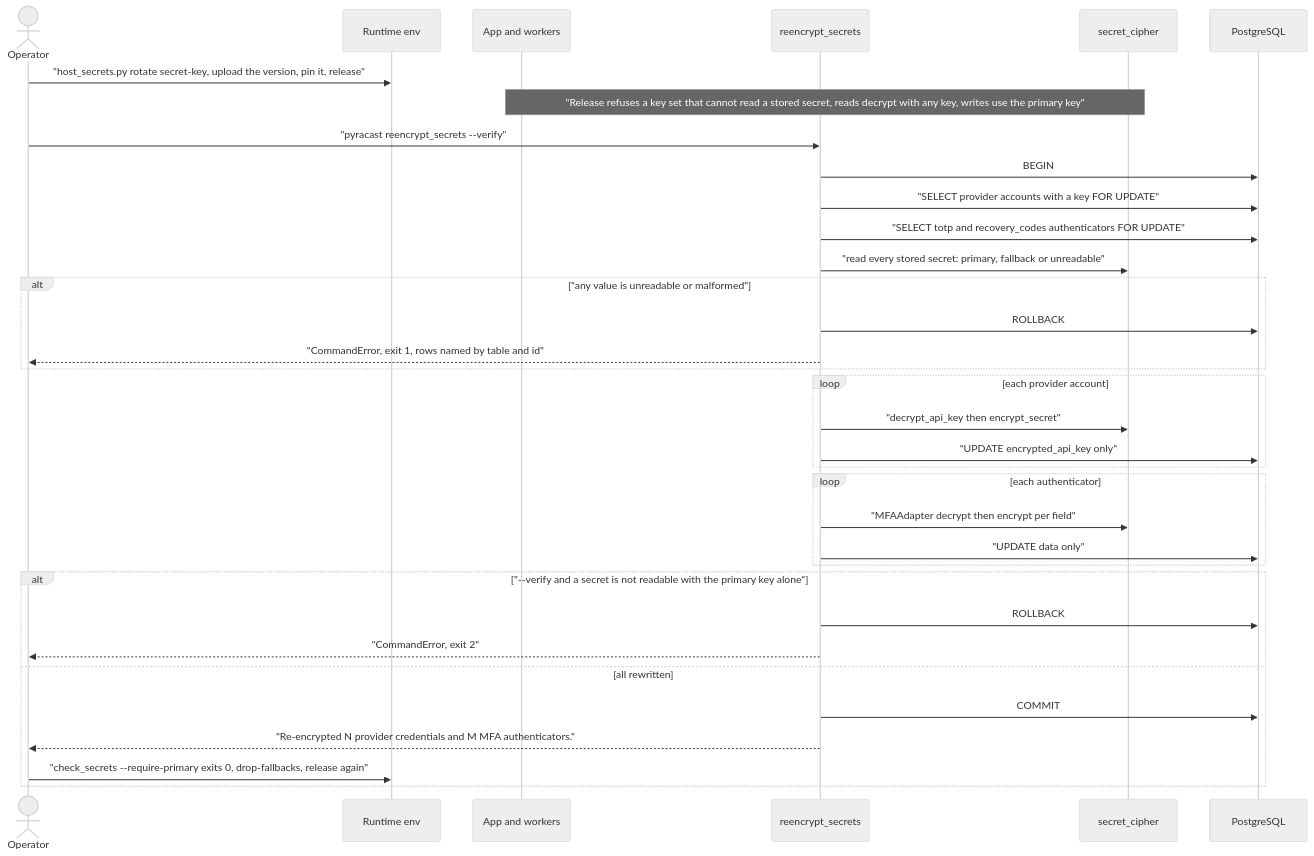
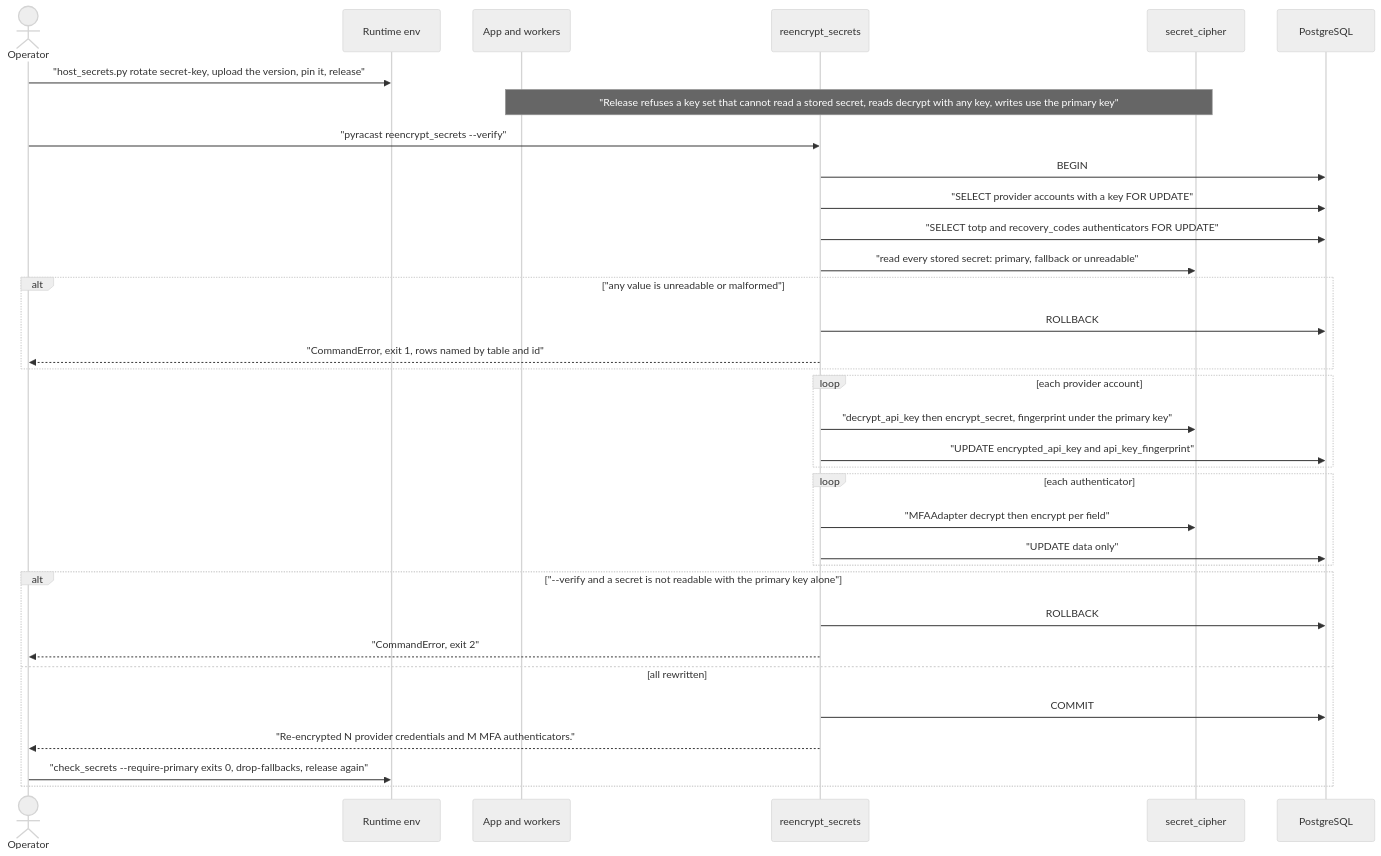
Before and after one commit to erkurtharun/pyracast: the diagram in docs/flows/encryption-key-rotation.md, drawn with Mermaid (neutral theme). The commit also changed other lines of this file and 52 other files, not shown here.

First line of the commit message:
Bring the flow pages in line with account erasure, typed plant values, on-demand loading, operations events and provider accounts

````diff
--- a/docs/flows/encryption-key-rotation.md
+++ b/docs/flows/encryption-key-rotation.md
@@ -16,36 +16,36 @@
 ```mermaid
 sequenceDiagram
     actor O as Operator
     participant E as Runtime env
     participant P as App and workers
     participant C as reencrypt_secrets
     participant K as secret_cipher
     participant D as PostgreSQL
     O->>E: "host_secrets.py rotate secret-key, upload the version, pin it, release"
     Note over P,K: "Release refuses a key set that cannot read a stored secret, reads decrypt with any key, writes use the primary key"
     O->>C: "pyracast reencrypt_secrets --verify"
     C->>D: BEGIN
     C->>D: "SELECT provider accounts with a key FOR UPDATE"
     C->>D: "SELECT totp and recovery_codes authenticators FOR UPDATE"
     C->>K: "read every stored secret: primary, fallback or unreadable"
     alt "any value is unreadable or malformed"
         C->>D: ROLLBACK
         C-->>O: "CommandError, exit 1, rows named by table and id"
     end
     loop each provider account
-        C->>K: "decrypt_api_key then encrypt_secret"
-        C->>D: "UPDATE encrypted_api_key only"
+        C->>K: "decrypt_api_key then encrypt_secret, fingerprint under the primary key"
+        C->>D: "UPDATE encrypted_api_key and api_key_fingerprint"
     end
     loop each authenticator
         C->>K: "MFAAdapter decrypt then encrypt per field"
         C->>D: "UPDATE data only"
     end
     alt "--verify and a secret is not readable with the primary key alone"
         C->>D: ROLLBACK
         C-->>O: "CommandError, exit 2"
     else all rewritten
         C->>D: COMMIT
         C-->>O: "Re-encrypted N provider credentials and M MFA authenticators."
         O->>E: "check_secrets --require-primary exits 0, drop-fallbacks, release again"
     end
 ```
````
